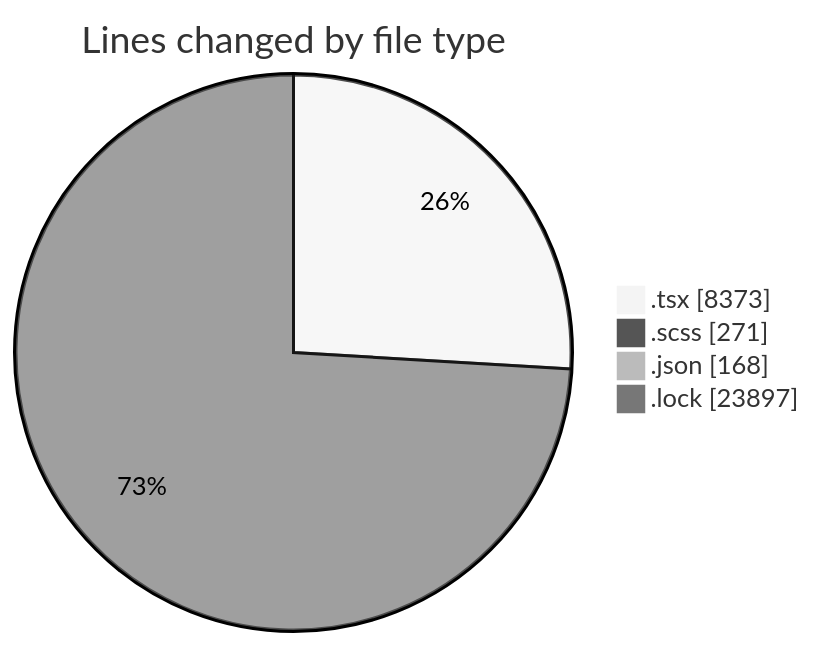
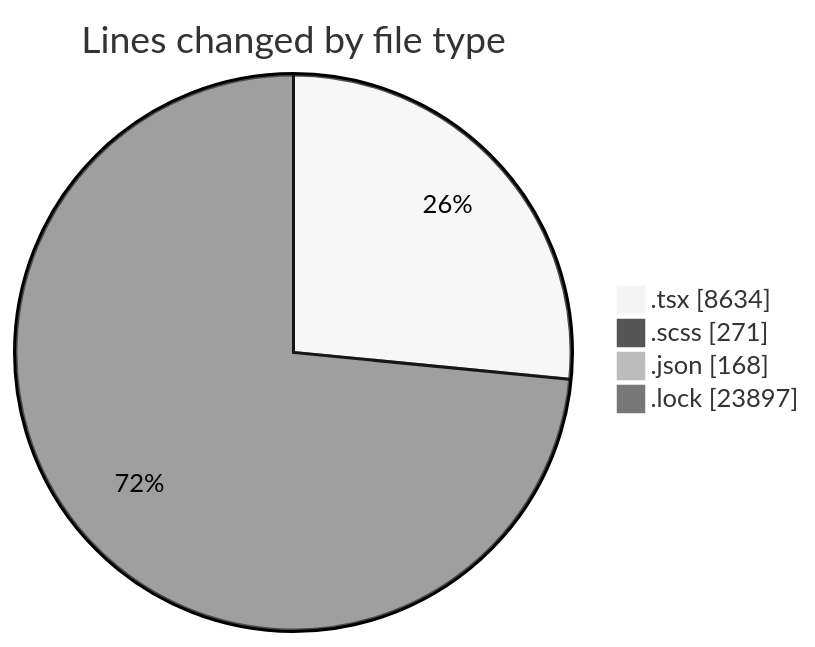
The first of 2 diagrams in 2025-11-18/cda/README.md (momahboobian/code-tracking), drawn with Mermaid (neutral theme) before and after one commit. The commit also changed other lines of this file and 1 other file, not shown here.

````diff
--- a/2025-11-18/cda/README.md
+++ b/2025-11-18/cda/README.md
@@ -35,8 +35,8 @@
 ```mermaid
 pie showData
 title Lines changed by file type
-".tsx" : 8373
+".tsx" : 8634
 ".scss" : 271
 ".json" : 168
 ".lock" : 23897
 ```
````
